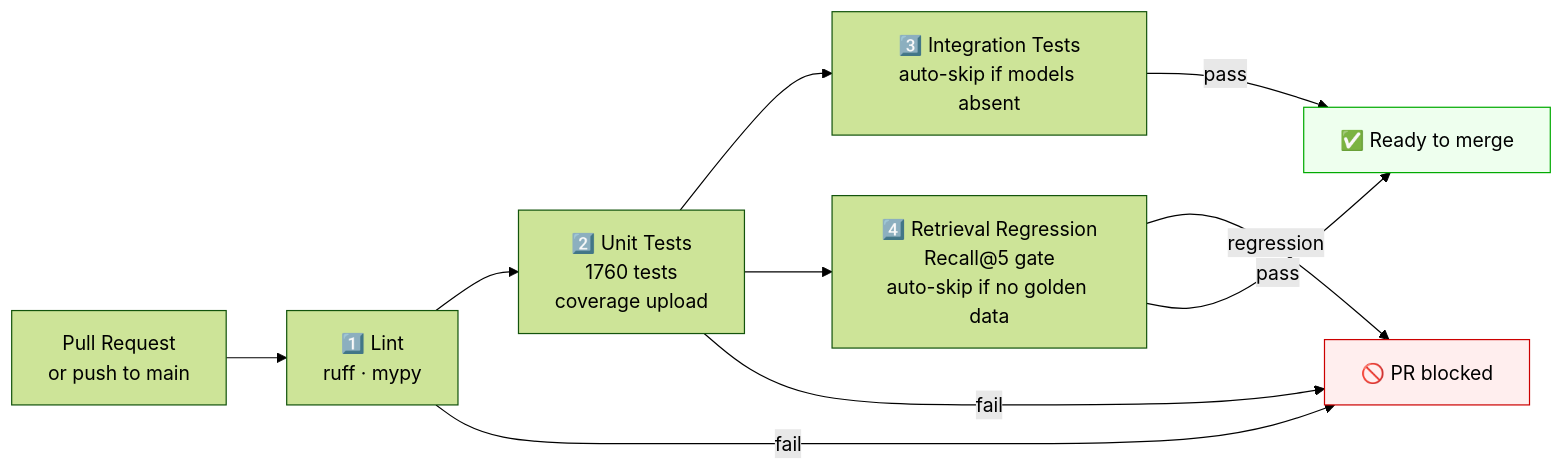
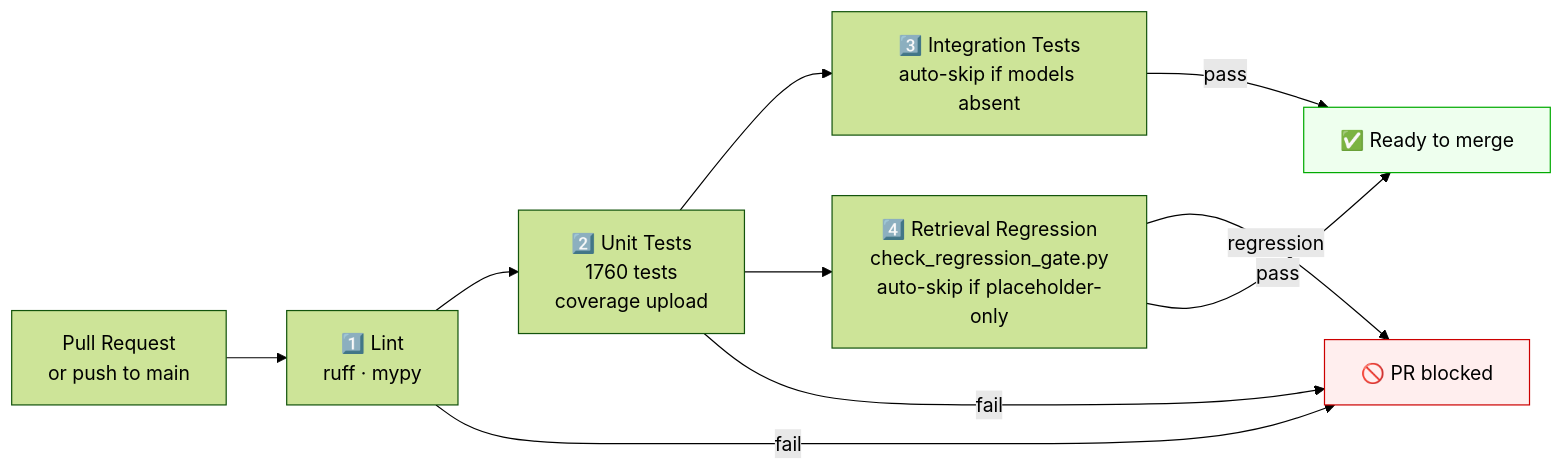
One commit to ealbertoav/rag_platform changed diagram 16 of 16 in README.md. Above: the diagram before and after it, drawn with Mermaid (forest theme). The commit also changed other lines of this file and 1 other file, not shown here.

Commit message:
Enhance golden dataset utilities with QA/retrieval sync, placeholder filtering, and modular regression gate (T-152)

````diff
--- a/README.md
+++ b/README.md
@@ -2634,15 +2688,15 @@
 ```mermaid
 flowchart LR
     PR["Pull Request<br/>or push to main"] --> L["1️⃣ Lint<br/>ruff · mypy"]
     L --> U["2️⃣ Unit Tests<br/>1760 tests<br/>coverage upload"]
     U --> I["3️⃣ Integration Tests<br/>auto-skip if models absent"]
-    U --> R["4️⃣ Retrieval Regression<br/>Recall@5 gate<br/>auto-skip if no golden data"]
+    U --> R["4️⃣ Retrieval Regression<br/>check_regression_gate.py<br/>auto-skip if placeholder-only"]
 
     L -->|fail| BLOCK["🚫 PR blocked"]
     U -->|fail| BLOCK
     R -->|regression| BLOCK
     I & R -->|pass| MERGE["✅ Ready to merge"]
 
     style BLOCK fill:#ffeeee,stroke:#cc0000
     style MERGE fill:#eeffee,stroke:#00aa00
 ```
````
